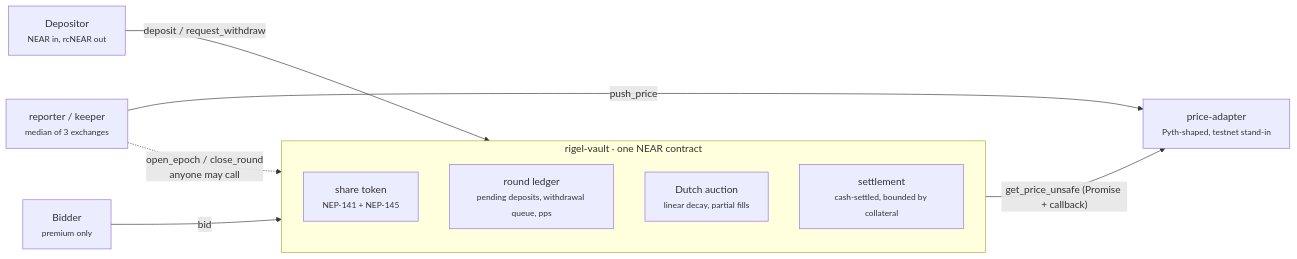
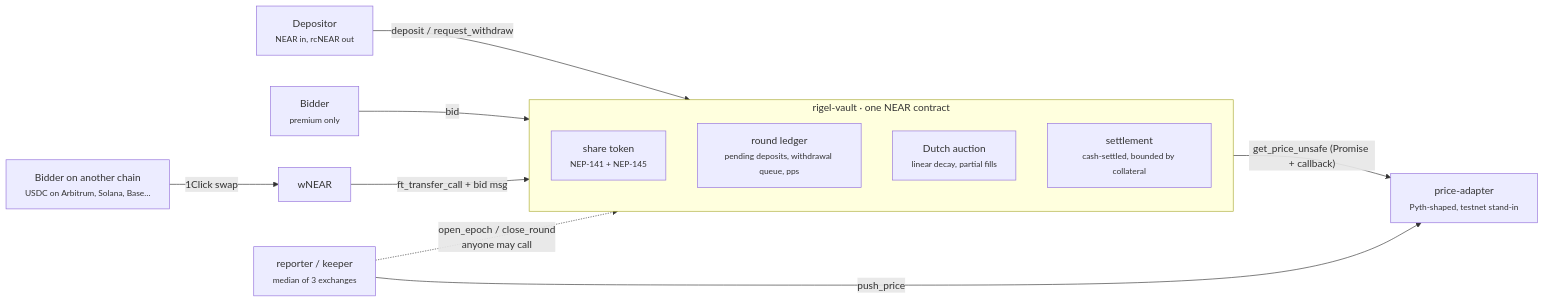
One commit to tamerrarda/rigel changed the second of 2 diagrams in README.md. Above: the diagram before and after it, drawn with Mermaid. The commit also changed other lines of this file, not shown here.

Commit message:
docs: NEAR Intents bid path, on-chain evidence and setup step

````diff
--- a/README.md
+++ b/README.md
@@ -106,15 +130,17 @@
 ```mermaid
 flowchart LR
     D["Depositor<br/><small>NEAR in, rcNEAR out</small>"] -->|deposit / request_withdraw| V
     B["Bidder<br/><small>premium only</small>"] -->|bid| V
+    X["Bidder on another chain<br/><small>USDC on Arbitrum, Solana, Base…</small>"] -->|1Click swap| W["wNEAR"]
+    W -->|"ft_transfer_call + bid msg"| V
     subgraph V["rigel-vault · one NEAR contract"]
       direction TB
       T["share token<br/><small>NEP-141 + NEP-145</small>"]
       L["round ledger<br/><small>pending deposits, withdrawal queue, pps</small>"]
       A["Dutch auction<br/><small>linear decay, partial fills</small>"]
       S["settlement<br/><small>cash-settled, bounded by collateral</small>"]
     end
     V -->|"get_price_unsafe (Promise + callback)"| O["price-adapter<br/><small>Pyth-shaped, testnet stand-in</small>"]
     R["reporter / keeper<br/><small>median of 3 exchanges</small>"] -->|push_price| O
     R -.->|open_epoch / close_round<br/>anyone may call| V
 ```
````
